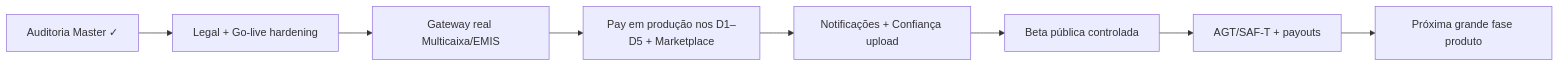
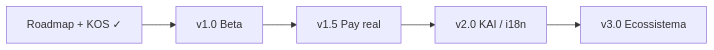
One commit to EduardoZ121/Site_Angola changed the diagram in docs/product/KUTEKA_ROADMAP_MASTER.md. Above: the diagram before and after it, drawn with Mermaid. The commit also changed other lines of this file, not shown here.

First line of the commit message:
docs(docs): align roadmap master path to commercial versions

````diff
--- a/docs/product/KUTEKA_ROADMAP_MASTER.md
+++ b/docs/product/KUTEKA_ROADMAP_MASTER.md
@@ -283,10 +283,7 @@
 ```mermaid
 flowchart LR
-  A[Auditoria Master ✓] --> B[Legal + Go-live hardening]
-  B --> C[Gateway real Multicaixa/EMIS]
-  C --> D[Pay em produção nos D1–D5 + Marketplace]
-  D --> E[Notificações + Confiança upload]
-  E --> F[Beta pública controlada]
-  F --> G[AGT/SAF-T + payouts]
-  G --> H[Próxima grande fase produto]
+  A[Roadmap + KOS ✓] --> B[v1.0 Beta]
+  B --> C[v1.5 Pay real]
+  C --> D[v2.0 KAI / i18n]
+  D --> E[v3.0 Ecossistema]
 ```
````
